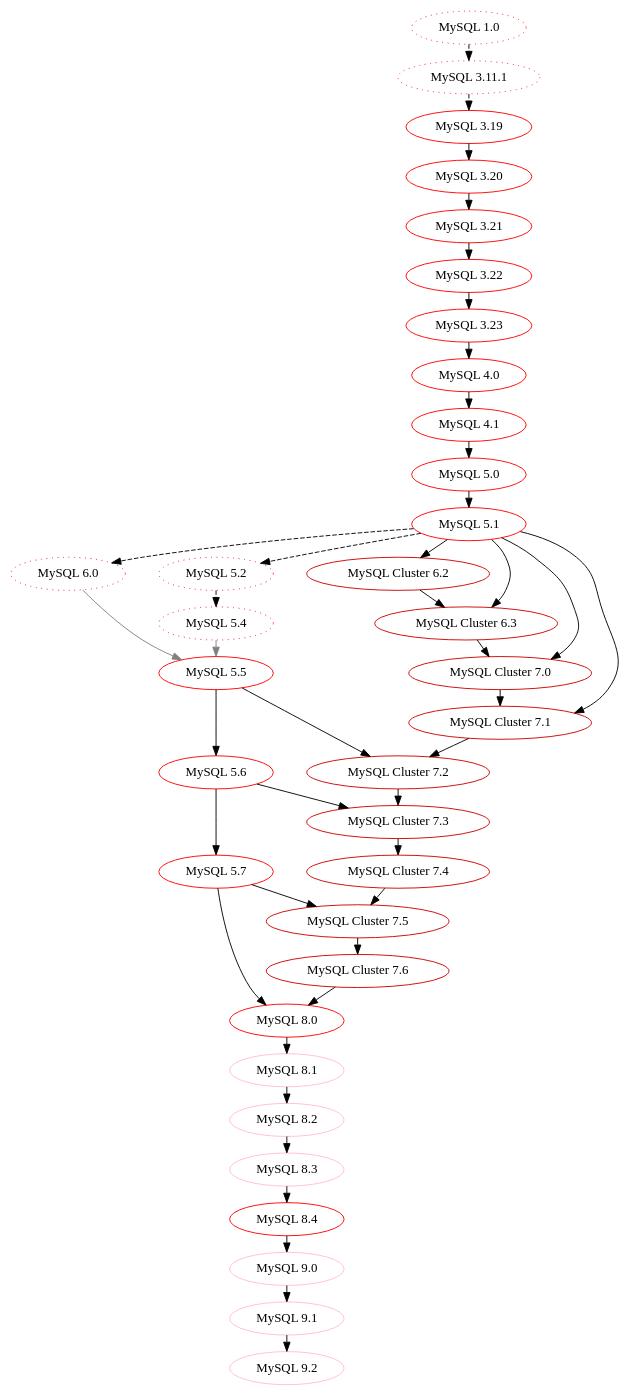
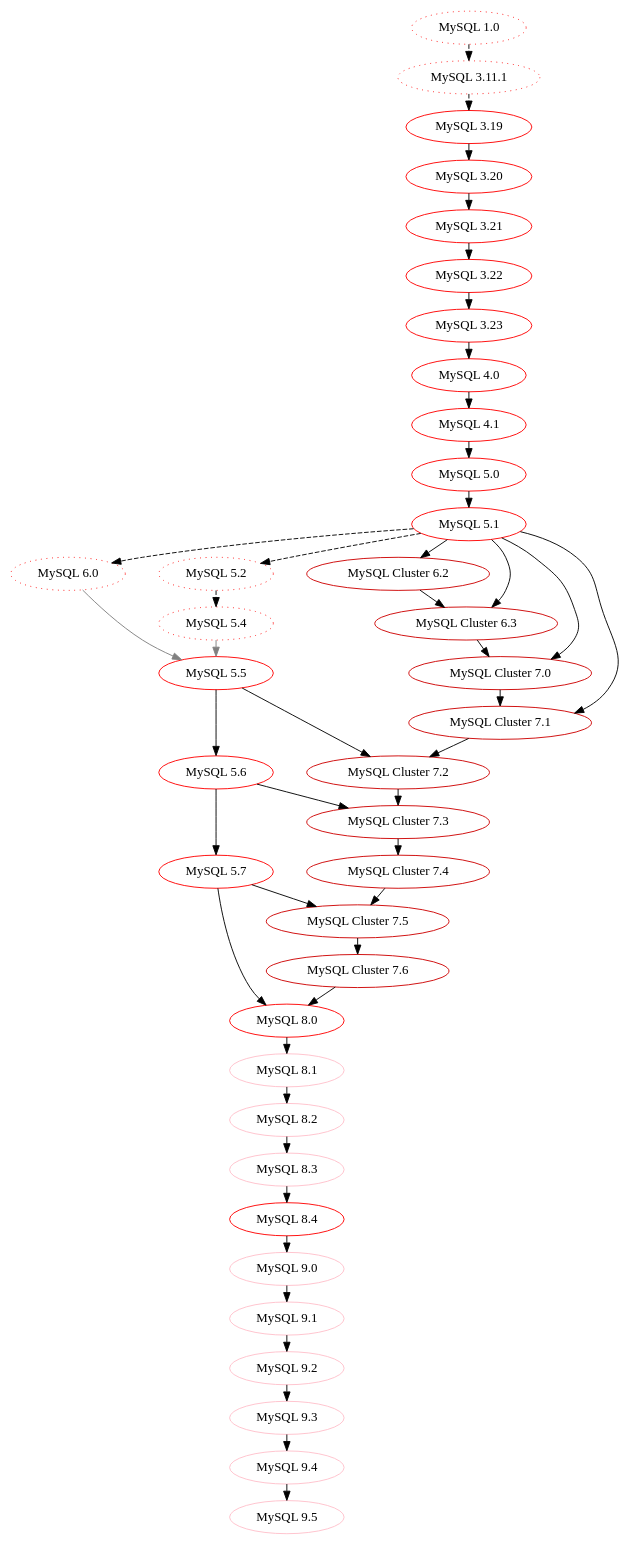
One commit to dveeden/mysql-history-graph changed the diagram in mysql-only-history.dot. Above: the diagram before and after it, drawn with Graphviz.

Commit message:
Add graphs between MySQL  9.2, 9.3, 9.4 and 9.5
- was missing for some reason

```diff
--- a/mysql-only-history.dot
+++ b/mysql-only-history.dot
@@ -1,104 +1,110 @@
 digraph mysql_only_history_graph {
     /* vim: tabstop=4
 
 	   Standards:
 	   Non-GA: 		                    dashed
 	   Abandoned / No public release: 	dotted
 	   Oracle MySQL: 	                LTS=red, Innovation=pink
 	   MySQL Cluster: 	                red3
 	*/
 
 	nodesep=0.5;
 	ranksep=0.25;
 
 	/* MySQL/Sun/Oracle MySQL GA */
 	"MySQL 3.19" [color="red"];
 	"MySQL 3.20" [color="red"];
 	"MySQL 3.21" [color="red"];
 	"MySQL 3.22" [color="red"];
 	"MySQL 3.23" [color="red"];
 	"MySQL 4.0" [color="red"];
 	"MySQL 4.1" [color="red"];
 	"MySQL 5.0" [color="red"];
 	"MySQL 5.1" [color="red"];
 	"MySQL 5.5" [color="red"];
 	"MySQL 5.6" [color="red"];
 	"MySQL 5.7" [color="red"];
 	"MySQL 8.0" [color="red"];
 	"MySQL 8.1" [color="pink"];
 	"MySQL 8.2" [color="pink"];
 	"MySQL 8.3" [color="pink"];
 	"MySQL 8.4" [color="red"];
 	"MySQL 9.0" [color="pink"];
 	"MySQL 9.1" [color="pink"];
 	"MySQL 9.2" [color="pink"];
+	"MySQL 9.3" [color="pink"];
+	"MySQL 9.4" [color="pink"];
+	"MySQL 9.5" [color="pink"];
 	"MySQL 3.19" -> "MySQL 3.20";
 	"MySQL 3.20" -> "MySQL 3.21";
 	"MySQL 3.21" -> "MySQL 3.22";
 	"MySQL 3.22" -> "MySQL 3.23";
 	"MySQL 3.23" -> "MySQL 4.0";
 	"MySQL 4.0" -> "MySQL 4.1";
 	"MySQL 4.1" -> "MySQL 5.0";
 	"MySQL 5.0" -> "MySQL 5.1";
 	"MySQL 6.0" -> "MySQL 5.5" [color="grey"]; // Optimizer improvements
 	"MySQL 5.4" -> "MySQL 5.5" [color="grey"]; // InnoDB Scalability
 	"MySQL 5.5" -> "MySQL 5.6";
 	"MySQL 5.6" -> "MySQL 5.7";
 	"MySQL 5.7" -> "MySQL 8.0";
 	"MySQL Cluster 7.6" -> "MySQL 8.0";
 	"MySQL 8.0" -> "MySQL 8.1";
 	"MySQL 8.1" -> "MySQL 8.2";
 	"MySQL 8.2" -> "MySQL 8.3";
 	"MySQL 8.3" -> "MySQL 8.4";
 	"MySQL 8.4" -> "MySQL 9.0";
 	"MySQL 9.0" -> "MySQL 9.1";
 	"MySQL 9.1" -> "MySQL 9.2";
+	"MySQL 9.2" -> "MySQL 9.3";
+	"MySQL 9.3" -> "MySQL 9.4";
+	"MySQL 9.4" -> "MySQL 9.5";
 
 	/* MySQL/Sun/Oracle non-GA */	
 	//
 	// "1.0 was released to a limited group of four people"
 	// "3.11.1 was released to the public as a binary distribution for Solaris"
 	//
 	// Source:
 	//   MySQL Introduction:
 	//   A look at the MySQL database--where it's been, where it is now, and where it's going.
 	//   by David Axmark and Michael Widenius
 	// https://dl.acm.org/doi/fullHtml/10.5555/328036.328041
 
 	"MySQL 1.0" [color="red",style="dotted"];
 	"MySQL 3.11.1" [color="red",style="dotted"];
 	"MySQL 5.2" [color="red",style="dotted"];
 	"MySQL 5.4" [color="red",style="dotted"];
 	"MySQL 6.0" [color="red",style="dotted"];
 	"MySQL 1.0" -> "MySQL 3.11.1" [style="dashed"];
 	"MySQL 3.11.1" -> "MySQL 3.19" [style="dashed"];
 	"MySQL 5.1" -> "MySQL 5.2" [style="dashed"];
 	"MySQL 5.1" -> "MySQL 6.0" [style="dashed"];
 	"MySQL 5.2" -> "MySQL 5.4" [style="dashed"];
 
 	/* MySQL Cluster (NDB) */
 	"MySQL Cluster 6.2" [color="red3"]
 	"MySQL Cluster 6.3" [color="red3"]
 	"MySQL Cluster 7.0" [color="red3"]
 	"MySQL Cluster 7.1" [color="red3"]
 	"MySQL Cluster 7.2" [color="red3"]
 	"MySQL Cluster 7.3"  [color="red3"]
 	"MySQL Cluster 7.4"  [color="red3"]
 	"MySQL Cluster 7.5"  [color="red3"]
 	"MySQL Cluster 7.6"  [color="red3"]
 	"MySQL 5.1" -> "MySQL Cluster 6.2";
 	"MySQL 5.1" -> "MySQL Cluster 6.3";
 	"MySQL Cluster 6.2" -> "MySQL Cluster 6.3";
 	"MySQL 5.1" -> "MySQL Cluster 7.0";
 	"MySQL Cluster 6.3" -> "MySQL Cluster 7.0";
 	"MySQL 5.1" -> "MySQL Cluster 7.1";
 	"MySQL Cluster 7.0" -> "MySQL Cluster 7.1";
 	"MySQL 5.5" -> "MySQL Cluster 7.2";
 	"MySQL Cluster 7.1" -> "MySQL Cluster 7.2";
 	"MySQL 5.6" -> "MySQL Cluster 7.3";
 	"MySQL Cluster 7.2" -> "MySQL Cluster 7.3";
 	"MySQL Cluster 7.3" -> "MySQL Cluster 7.4";
 	"MySQL 5.7" -> "MySQL Cluster 7.5";
 	"MySQL Cluster 7.4" -> "MySQL Cluster 7.5";
 	"MySQL Cluster 7.5" -> "MySQL Cluster 7.6";
 }
```
